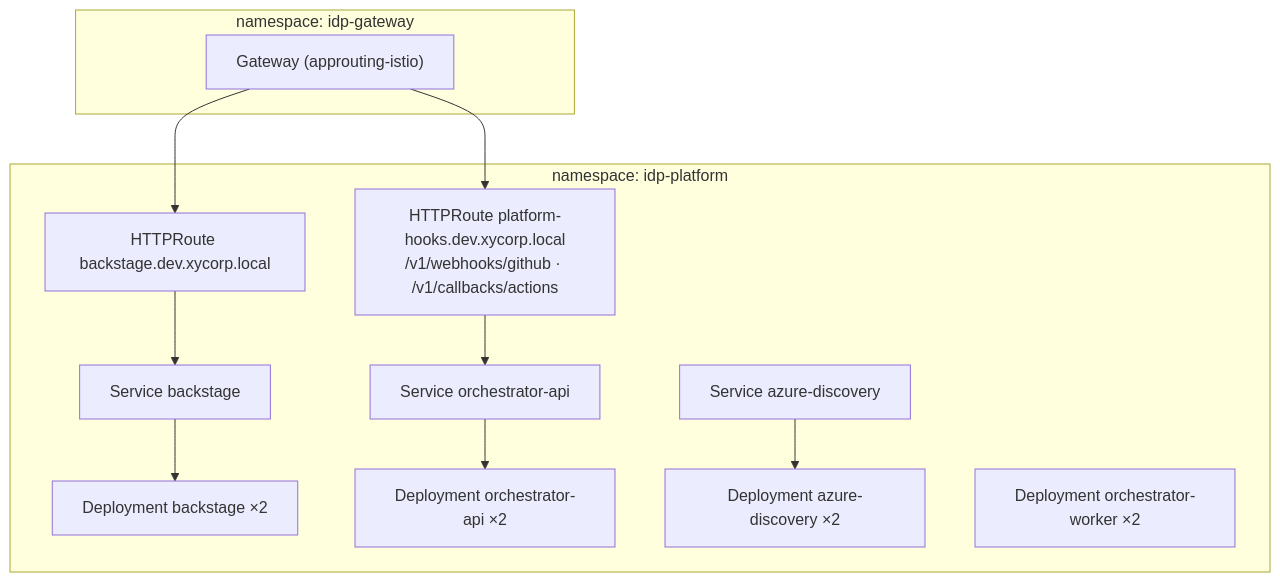
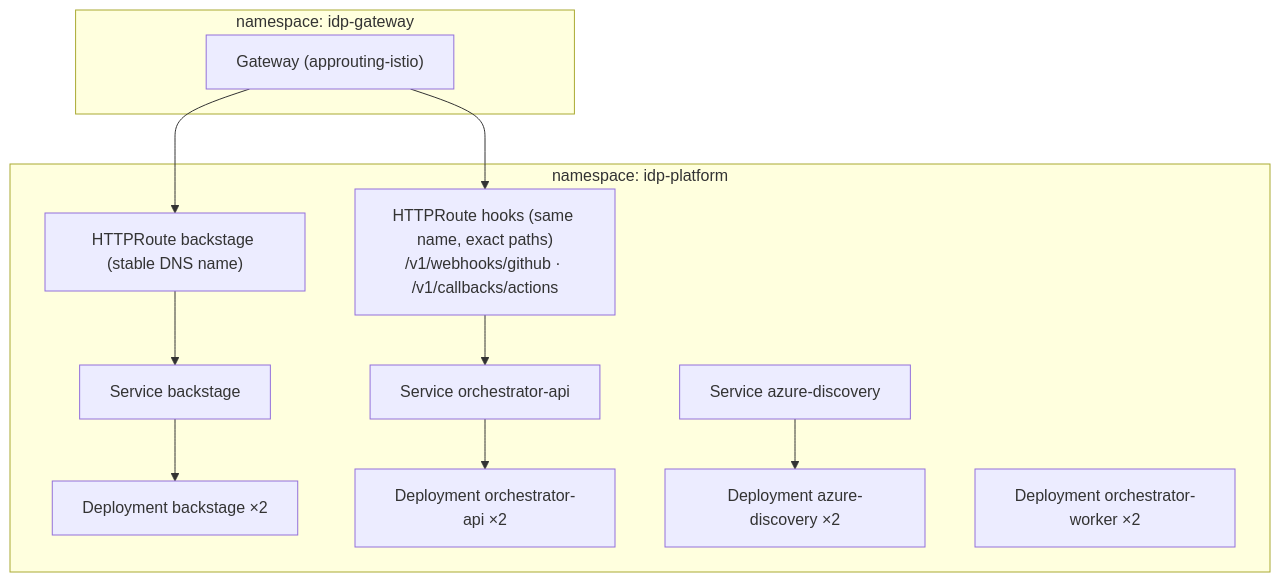
The second of 2 diagrams in docs/architecture/microservices.md (nixvarghese01/azure-backstage-goldenpath), drawn with Mermaid before and after one commit. The commit also changed other lines of this file and 11 other files, not shown here.

First line of the commit message:
feat: stable public URL, picked up automatically by the charts (#73)

````diff
--- a/docs/architecture/microservices.md
+++ b/docs/architecture/microservices.md
@@ -160,16 +160,16 @@
 ```mermaid
 flowchart TB
     subgraph GWNS["namespace: idp-gateway"]
         GW["Gateway (approuting-istio)"]
     end
     subgraph NS["namespace: idp-platform"]
-        R1["HTTPRoute backstage.dev.xycorp.local"] --> SBS[Service backstage]
-        R2["HTTPRoute platform-hooks.dev.xycorp.local<br/>/v1/webhooks/github · /v1/callbacks/actions"] --> SOA[Service orchestrator-api]
+        R1["HTTPRoute backstage (stable DNS name)"] --> SBS[Service backstage]
+        R2["HTTPRoute hooks (same name, exact paths)<br/>/v1/webhooks/github · /v1/callbacks/actions"] --> SOA[Service orchestrator-api]
         SBS --> PBS["Deployment backstage ×2"]
         SOA --> POA["Deployment orchestrator-api ×2"]
         SD[Service azure-discovery] --> PD["Deployment azure-discovery ×2"]
         PW["Deployment orchestrator-worker ×2"]
     end
     GW --> R1
     GW --> R2
 ```
````
